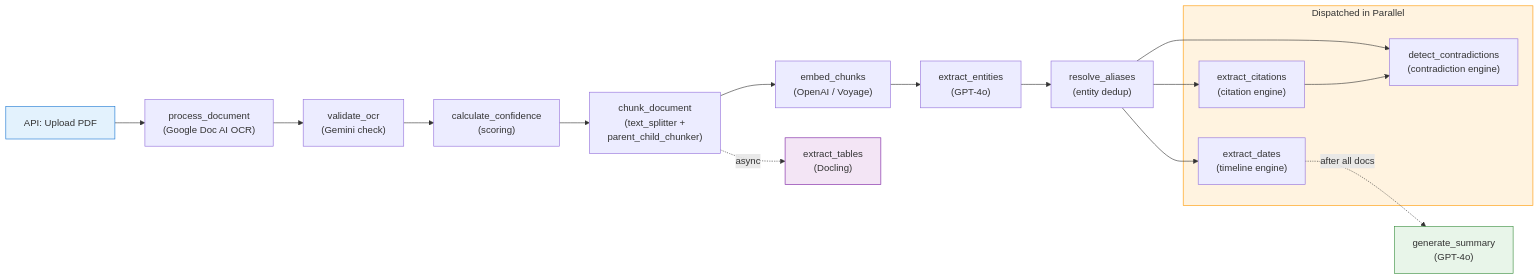
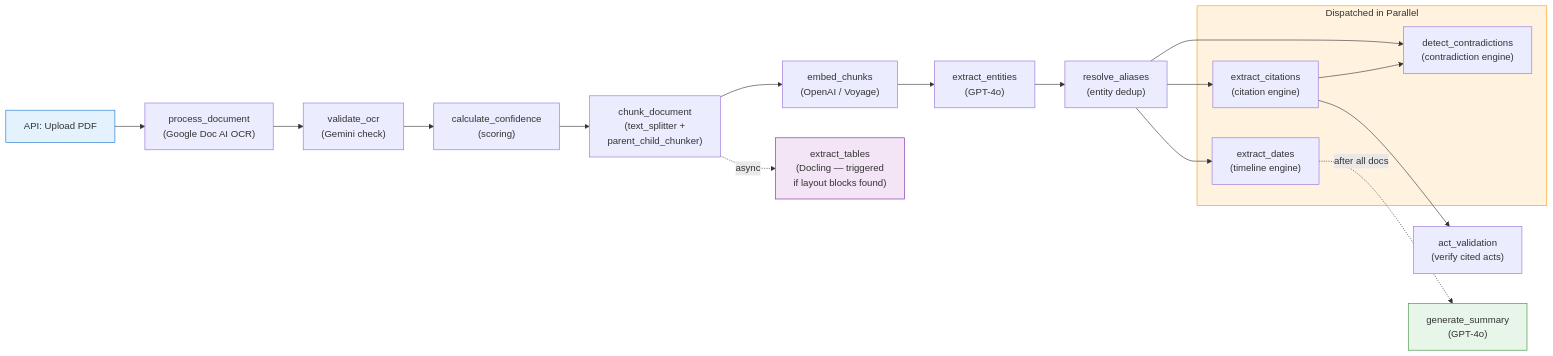
The third of 11 diagrams in docs/architecture-diagrams.md (juhinebhnani4/LDIP), drawn with Mermaid before and after one commit. The commit also changed other lines of this file, not shown here.

First line of the commit message:
docs: update architecture diagrams with full codebase coverage

````diff
--- a/docs/architecture-diagrams.md
+++ b/docs/architecture-diagrams.md
@@ -170,33 +188,35 @@
 ```mermaid
 graph LR
     UPLOAD["API: Upload PDF"]
     PROC["process_document<br/>(Google Doc AI OCR)"]
     VAL["validate_ocr<br/>(Gemini check)"]
     CONF["calculate_confidence<br/>(scoring)"]
     CHUNK["chunk_document<br/>(text_splitter +<br/>parent_child_chunker)"]
     EMBED["embed_chunks<br/>(OpenAI / Voyage)"]
     ENTITY["extract_entities<br/>(GPT-4o)"]
     ALIAS["resolve_aliases<br/>(entity dedup)"]
 
     subgraph PARALLEL["Dispatched in Parallel"]
         CIT["extract_citations<br/>(citation engine)"]
         CONTRA["detect_contradictions<br/>(contradiction engine)"]
         DATES["extract_dates<br/>(timeline engine)"]
     end
 
-    TABLE["extract_tables<br/>(Docling)"]
+    TABLE["extract_tables<br/>(Docling — triggered<br/>if layout blocks found)"]
+    ACT_VAL["act_validation<br/>(verify cited acts)"]
     SUMMARY["generate_summary<br/>(GPT-4o)"]
 
     UPLOAD --> PROC --> VAL --> CONF --> CHUNK --> EMBED --> ENTITY --> ALIAS
     ALIAS --> CIT
     ALIAS --> CONTRA
     ALIAS --> DATES
     CHUNK -.->|"async"| TABLE
     CIT --> CONTRA
+    CIT --> ACT_VAL
     DATES -.->|"after all docs"| SUMMARY
 
     style UPLOAD fill:#e3f2fd,stroke:#1976D2
     style PARALLEL fill:#fff3e0,stroke:#FF9800
     style TABLE fill:#f3e5f5,stroke:#7B1FA2
     style SUMMARY fill:#e8f5e9,stroke:#388E3C
 ```
````
